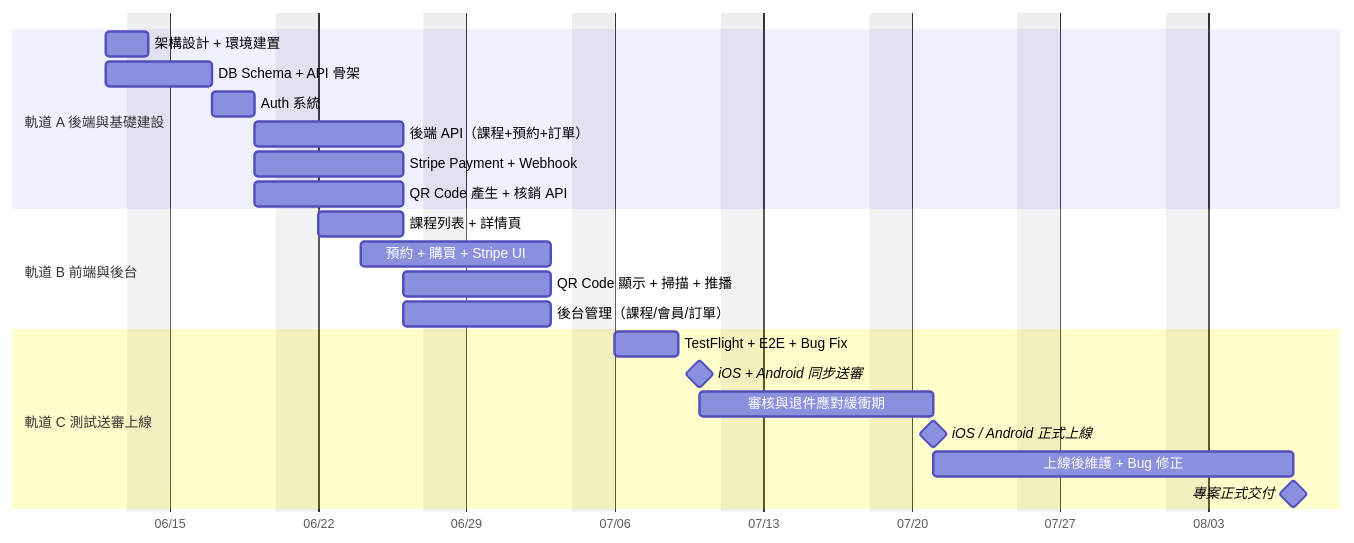
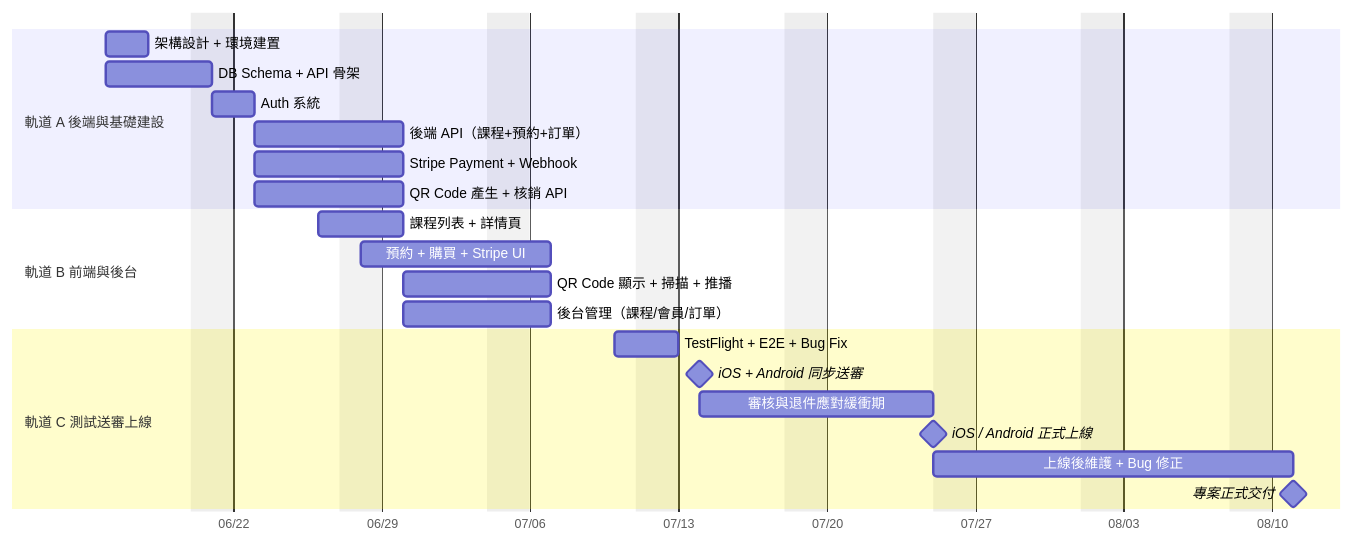
Before and after one commit to CongRenHuang/motise-docs: the diagram in docs/md/zh/appendix-b.md, drawn with Mermaid. The commit also changed other lines of this file and 25 other files, not shown here.

````diff
--- a/docs/md/zh/appendix-b.md
+++ b/docs/md/zh/appendix-b.md
@@ -100,31 +100,31 @@
 ```mermaid
 gantt
     dateFormat YYYY-MM-DD
     axisFormat %m/%d
     tickInterval 1week
     weekday monday
     excludes weekends
     todayMarker off
 
     section 軌道 A 後端與基礎建設
-    架構設計 + 環境建置        :a1, 2026-06-12, 2026-06-14
-    DB Schema + API 骨架       :a2, 2026-06-12, 2026-06-17
-    Auth 系統                  :a3, 2026-06-17, 2026-06-19
-    後端 API（課程+預約+訂單） :a4, 2026-06-19, 2026-06-26
-    Stripe Payment + Webhook   :a5, 2026-06-19, 2026-06-26
-    QR Code 產生 + 核銷 API    :a6, 2026-06-19, 2026-06-26
+    架構設計 + 環境建置        :a1, 2026-06-16, 2026-06-18
+    DB Schema + API 骨架       :a2, 2026-06-16, 2026-06-21
+    Auth 系統                  :a3, 2026-06-21, 2026-06-23
+    後端 API（課程+預約+訂單） :a4, 2026-06-23, 2026-06-30
+    Stripe Payment + Webhook   :a5, 2026-06-23, 2026-06-30
+    QR Code 產生 + 核銷 API    :a6, 2026-06-23, 2026-06-30
 
     section 軌道 B 前端與後台
-    課程列表 + 詳情頁          :b1, 2026-06-22, 2026-06-26
-    預約 + 購買 + Stripe UI    :b2, 2026-06-24, 2026-07-03
-    QR Code 顯示 + 掃描 + 推播 :b3, 2026-06-26, 2026-07-03
-    後台管理（課程/會員/訂單） :b4, 2026-06-26, 2026-07-03
+    課程列表 + 詳情頁          :b1, 2026-06-26, 2026-06-30
+    預約 + 購買 + Stripe UI    :b2, 2026-06-28, 2026-07-07
+    QR Code 顯示 + 掃描 + 推播 :b3, 2026-06-30, 2026-07-07
+    後台管理（課程/會員/訂單） :b4, 2026-06-30, 2026-07-07
 
     section 軌道 C 測試送審上線
-    TestFlight + E2E + Bug Fix :c1, 2026-07-06, 2026-07-09
-    iOS + Android 同步送審     :milestone, m1, 2026-07-10, 0d
-    審核與退件應對緩衝期       :c2, 2026-07-10, 2026-07-21
-    iOS / Android 正式上線     :milestone, m2, 2026-07-21, 0d
-    上線後維護 + Bug 修正      :c3, 2026-07-21, 2026-08-07
-    專案正式交付               :milestone, m3, 2026-08-07, 0d
+    TestFlight + E2E + Bug Fix :c1, 2026-07-10, 2026-07-13
+    iOS + Android 同步送審     :milestone, m1, 2026-07-14, 0d
+    審核與退件應對緩衝期       :c2, 2026-07-14, 2026-07-25
+    iOS / Android 正式上線     :milestone, m2, 2026-07-25, 0d
+    上線後維護 + Bug 修正      :c3, 2026-07-25, 2026-08-11
+    專案正式交付               :milestone, m3, 2026-08-11, 0d
 ```
````
